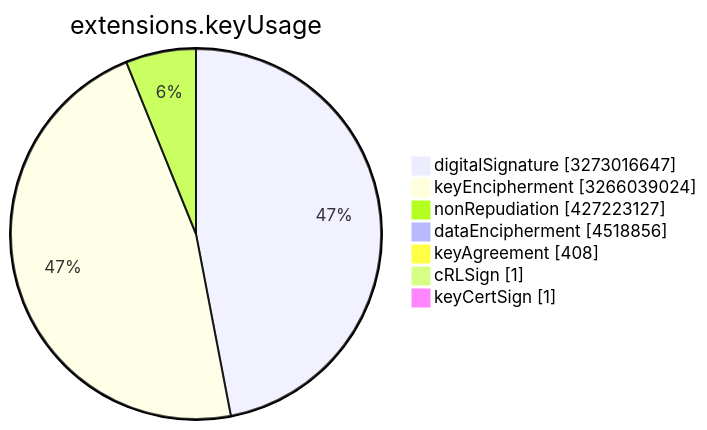
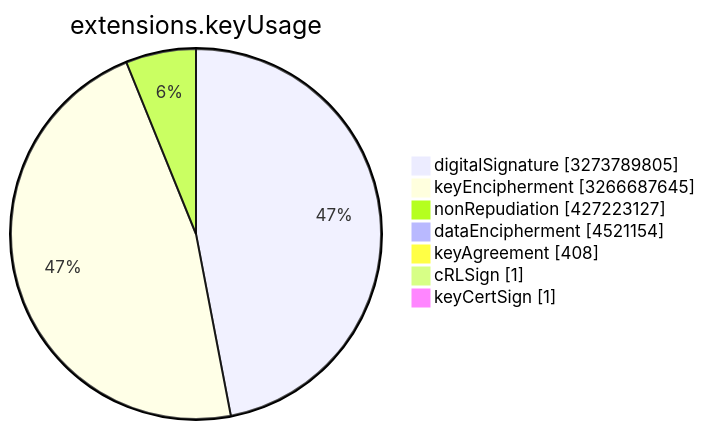
The sixth of 15 diagrams in TOTAL/README.md (christiankrug/ctmonitor_visualization), drawn with Mermaid before and after one commit. The commit also changed other lines of this file, not shown here.

````diff
--- a/TOTAL/README.md
+++ b/TOTAL/README.md
@@ -3078,11 +3078,11 @@
 ```mermaid
 pie showData
 title extensions.keyUsage
-"digitalSignature" :3273016647
-"keyEncipherment" :3266039024
+"digitalSignature" :3273789805
+"keyEncipherment" :3266687645
 "nonRepudiation" :427223127
-"dataEncipherment" :4518856
+"dataEncipherment" :4521154
 "keyAgreement" :408
 "cRLSign" :1
 "keyCertSign" :1
 ```
````
